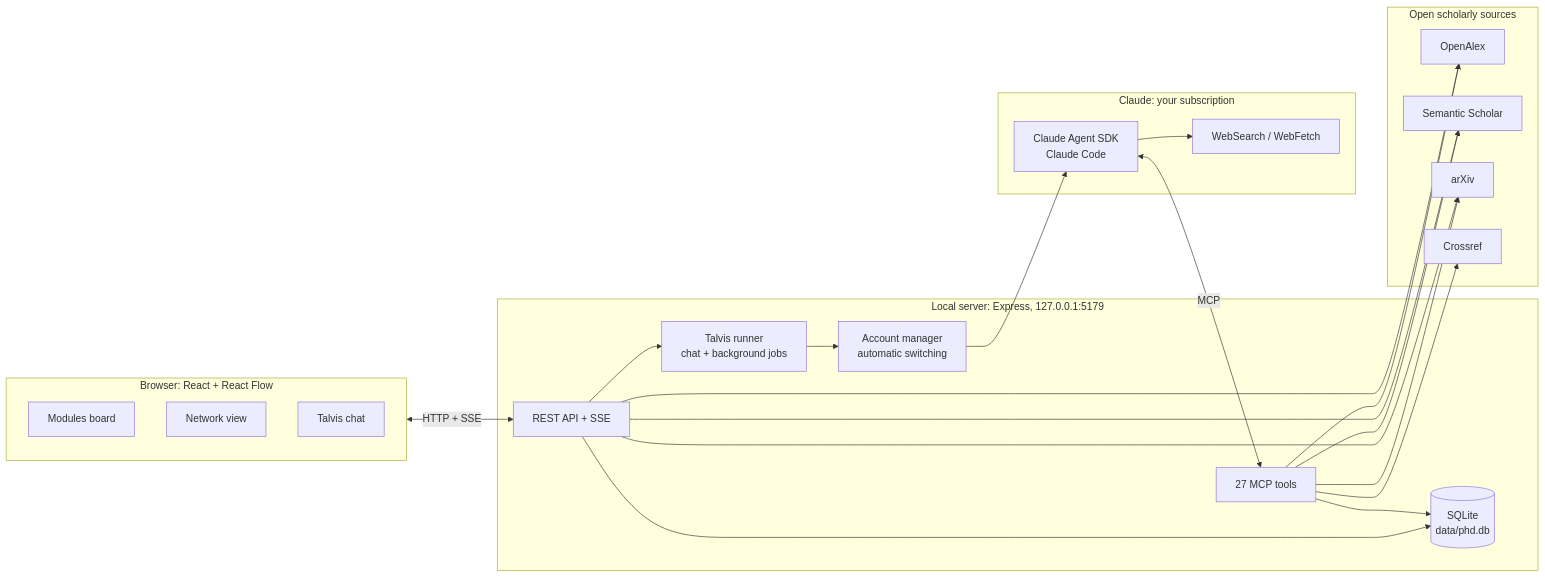
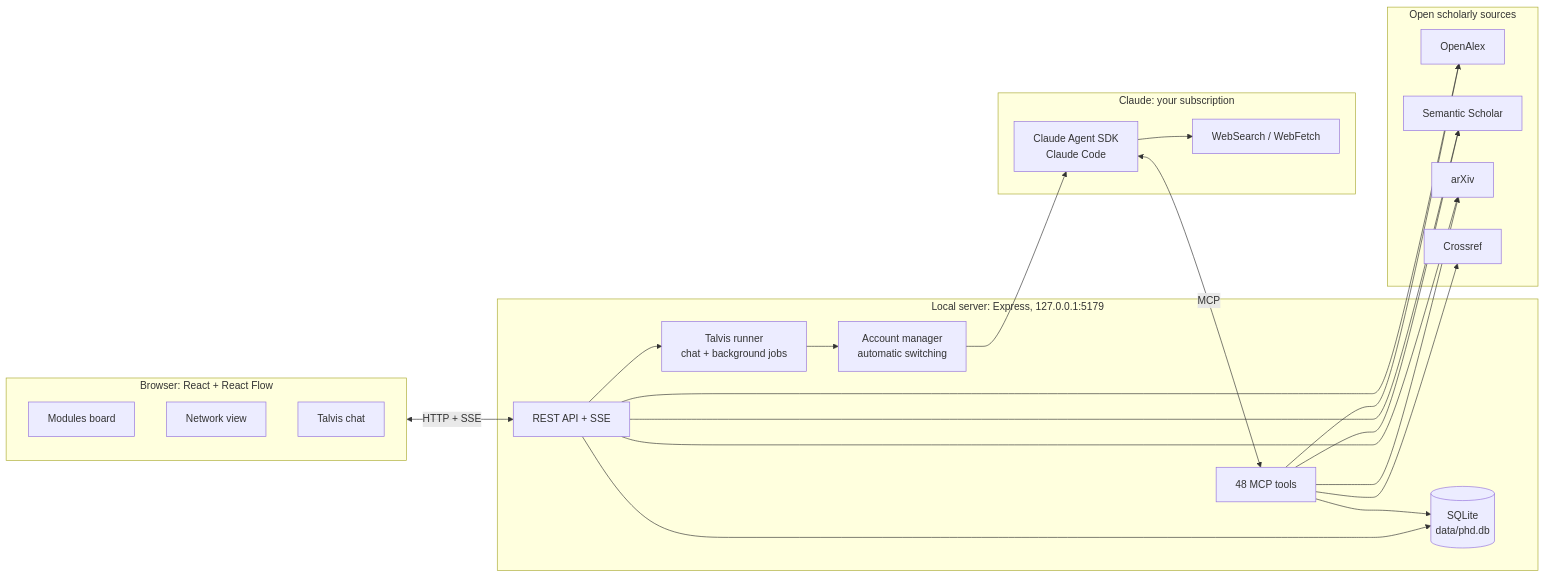
One commit to RzayevTaleh01/phd-analyzer changed the first of 2 diagrams in README.md. Above: the diagram before and after it, drawn with Mermaid. The commit also changed other lines of this file and 51 other files, not shown here.

````diff
--- a/README.md
+++ b/README.md
@@ -107,34 +116,34 @@
 ```mermaid
 flowchart LR
   subgraph Browser["Browser: React + React Flow"]
     Board["Modules board"]
     Graph["Network view"]
     Chat["Talvis chat"]
   end
   subgraph Server["Local server: Express, 127.0.0.1:5179"]
     API["REST API + SSE"]
     DB[("SQLite<br/>data/phd.db")]
     Runner["Talvis runner<br/>chat + background jobs"]
-    Tools["27 MCP tools"]
+    Tools["48 MCP tools"]
     Accounts["Account manager<br/>automatic switching"]
   end
   subgraph Claude["Claude: your subscription"]
     SDK["Claude Agent SDK<br/>Claude Code"]
     Web["WebSearch / WebFetch"]
   end
   subgraph Sources["Open scholarly sources"]
     OA["OpenAlex"]
     S2["Semantic Scholar"]
     AX["arXiv"]
     CR["Crossref"]
   end
   Browser <-->|HTTP + SSE| API
   API --> DB
   API --> Runner
   Runner --> Accounts --> SDK
   SDK --> Web
   SDK <-->|MCP| Tools
   Tools --> DB
   Tools --> OA & S2 & AX & CR
   API --> OA & S2 & AX
 ```
````
